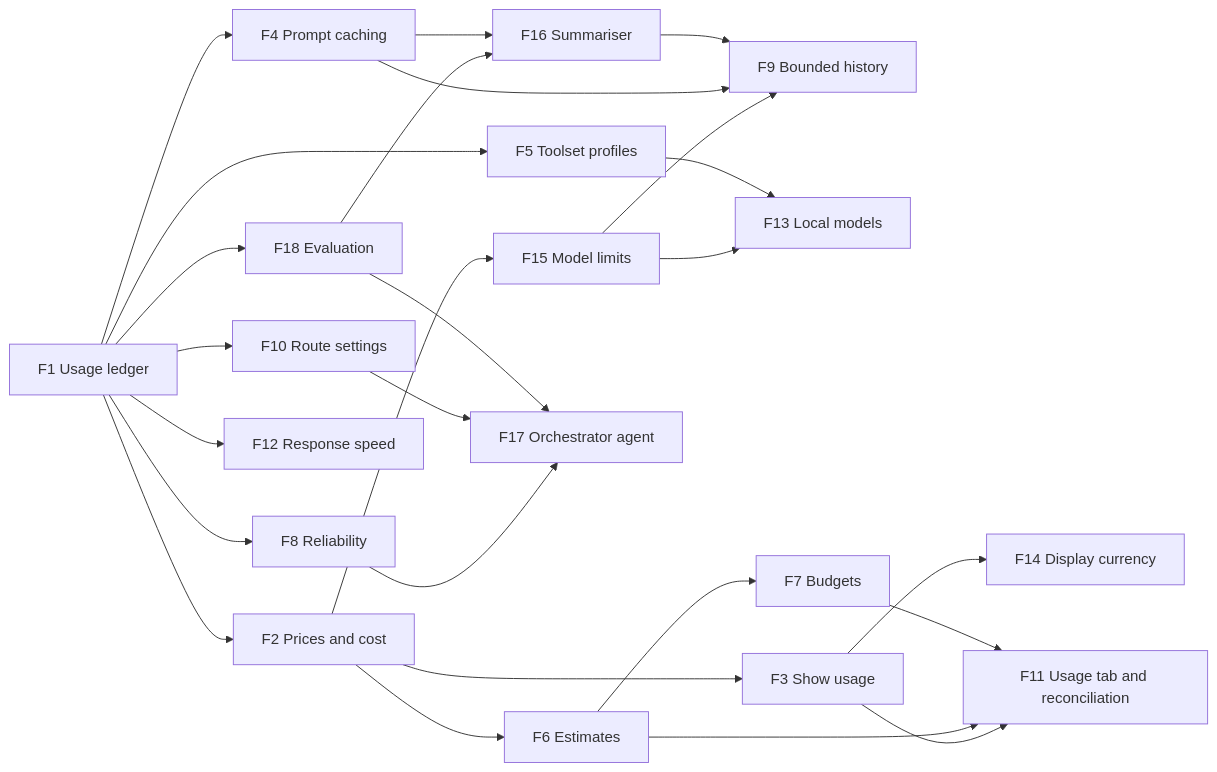
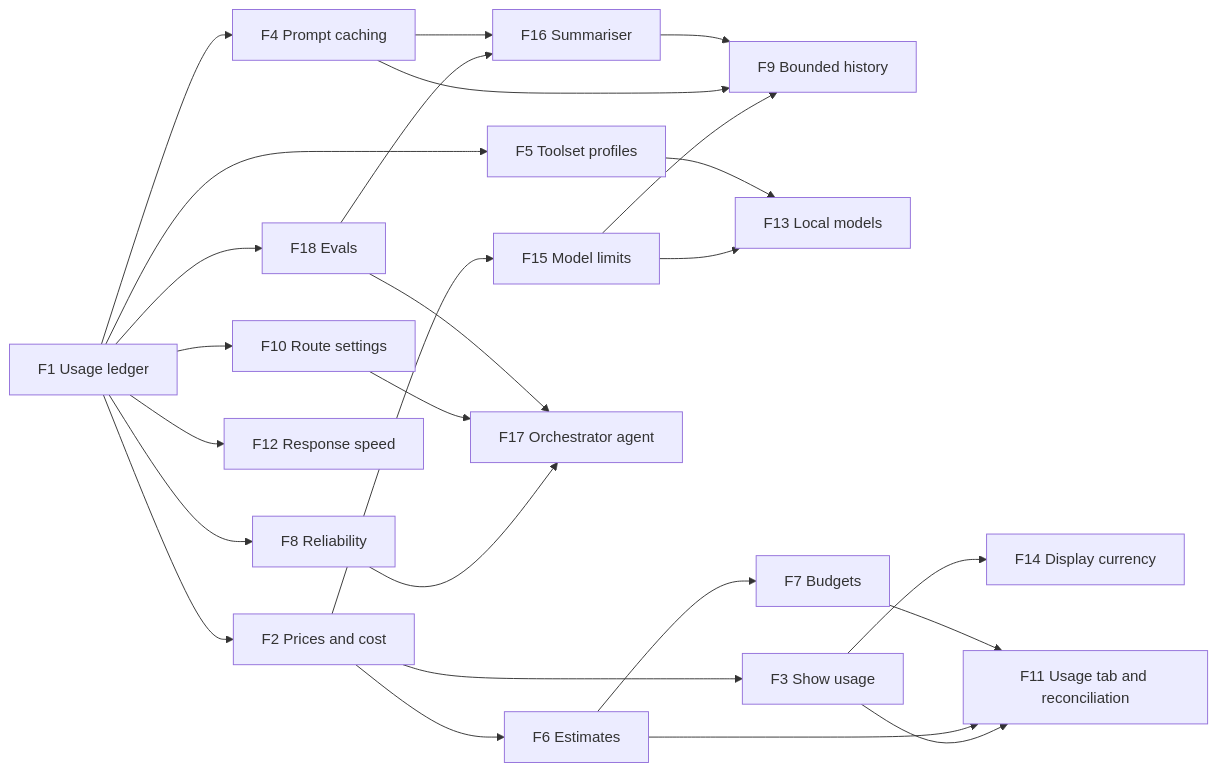
Before and after one commit to bosbevk/louis-agent: the diagram in docs/features/README.md, drawn with Mermaid. The commit also changed other lines of this file and 3 other files, not shown here.

````diff
--- a/docs/features/README.md
+++ b/docs/features/README.md
@@ -65,28 +65,28 @@
 ```mermaid
 flowchart LR
     F1[F1 Usage ledger] --> F2[F2 Prices and cost]
     F2 --> F15[F15 Model limits]
     F15 --> F9
     F15 --> F13
     F1 --> F4[F4 Prompt caching]
     F1 --> F5[F5 Toolset profiles]
     F1 --> F8[F8 Reliability]
     F1 --> F10[F10 Route settings]
     F2 --> F3[F3 Show usage]
     F2 --> F6[F6 Estimates]
     F6 --> F7[F7 Budgets]
     F4 --> F9[F9 Bounded history]
     F3 --> F11[F11 Usage tab and reconciliation]
     F6 --> F11
     F7 --> F11
     F1 --> F12[F12 Response speed]
     F5 --> F13[F13 Local models]
     F3 --> F14[F14 Display currency]
-    F1 --> F18[F18 Evaluation]
+    F1 --> F18[F18 Evals]
     F18 --> F16[F16 Summariser]
     F4 --> F16
     F16 --> F9
     F8 --> F17[F17 Orchestrator agent]
     F10 --> F17
     F18 --> F17
 ```
````
